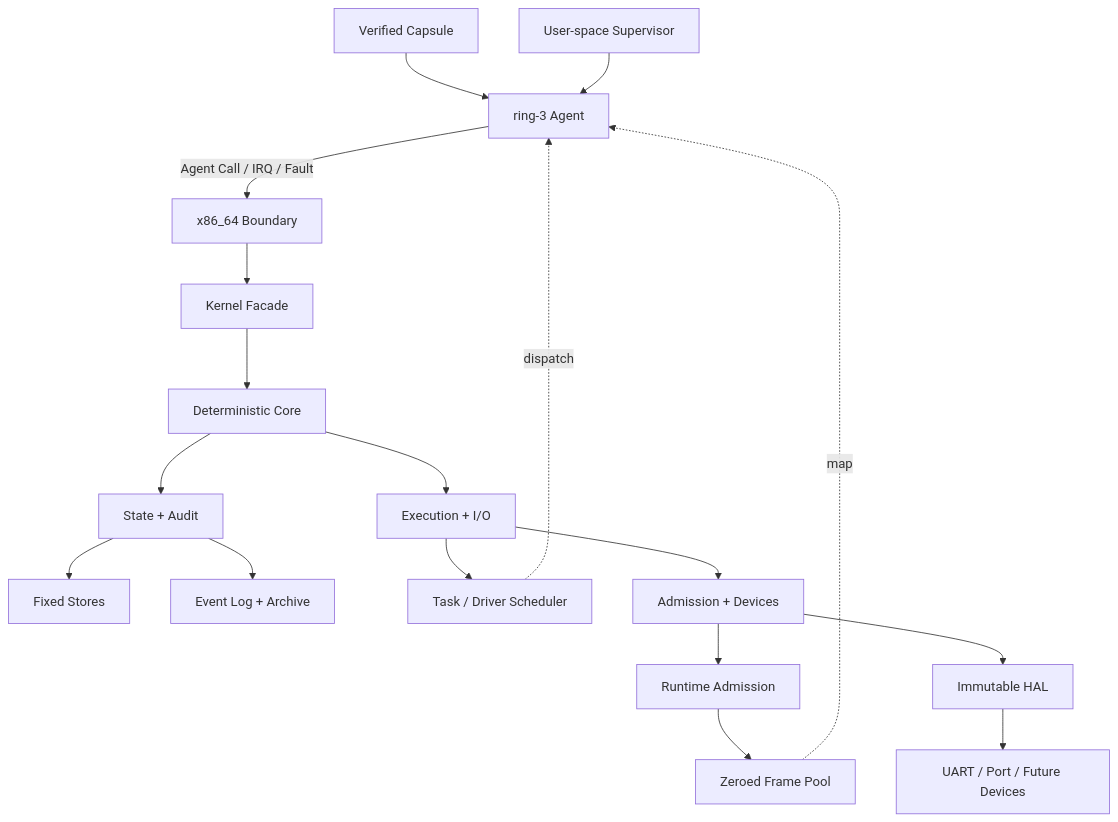
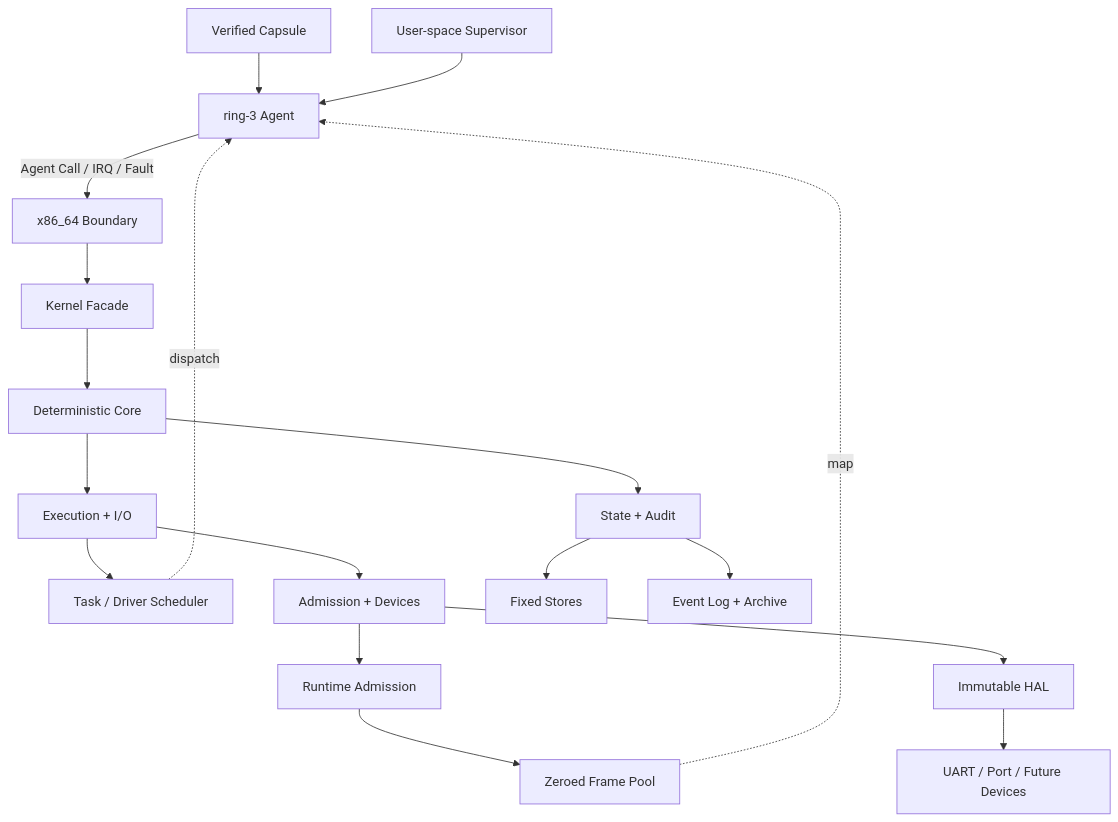
Before and after one commit to Evan-master/agent-kernel: the diagram in README.md, drawn with Mermaid. The commit also changed other lines of this file and 1 other file, not shown here.

Commit message:
docs: position readme architecture branches

````diff
--- a/README.md
+++ b/README.md
@@ -100,22 +100,22 @@
 ```mermaid
 flowchart TB
     Capsule["Verified Capsule"] --> Ring3["ring-3 Agent"]
     Supervisor["User-space Supervisor"] --> Ring3
     Ring3 -->|"Agent Call / IRQ / Fault"| X86["x86_64 Boundary"]
     X86 --> Facade["Kernel Facade"]
     Facade --> Core["Deterministic Core"]
 
+    Core --> Runtime["Execution + I/O"]
     Core --> State["State + Audit"]
-    Core --> Runtime["Execution + I/O"]
 
-    State --> Stores["Fixed Stores"]
-    State --> Events["Event Log + Archive"]
     Runtime --> Scheduler["Task / Driver Scheduler"]
     Runtime --> Services["Admission + Devices"]
     Services --> Broker["Runtime Admission"]
     Services --> HAL["Immutable HAL"]
     Broker --> Frames["Zeroed Frame Pool"]
     HAL --> Hardware["UART / Port / Future Devices"]
+    State --> Stores["Fixed Stores"]
+    State --> Events["Event Log + Archive"]
     Scheduler -.->|dispatch| Ring3
     Frames -.->|map| Ring3
 ```
````
